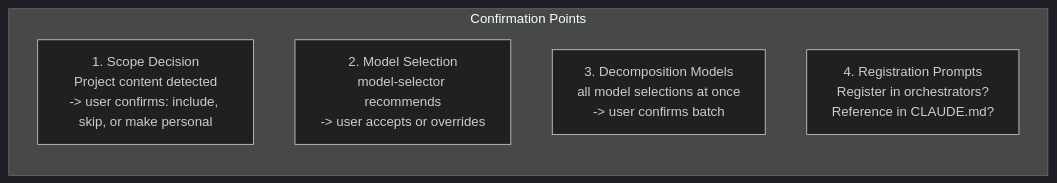
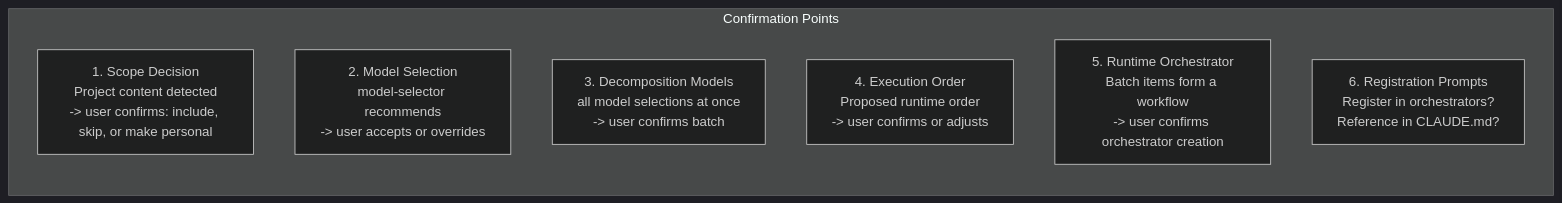
Before and after one commit to DigitalCowboyN/claude-asset-writer: the tenth of 10 diagrams in docs/architecture.md, drawn with Mermaid (dark theme). The commit also changed other lines of this file and 5 other files, not shown here.

First line of the commit message:
Add execution order analysis and runtime coordination detection

````diff
--- a/docs/architecture.md
+++ b/docs/architecture.md
@@ -273,10 +279,12 @@
 ```mermaid
 flowchart LR
     subgraph Confirmation Points
         direction TB
         p0["1. Scope Decision\nProject content detected\n-> user confirms: include, skip, or make personal"]
         p1["2. Model Selection\nmodel-selector recommends\n-> user accepts or overrides"]
         p2["3. Decomposition Models\nall model selections at once\n-> user confirms batch"]
-        p3["4. Registration Prompts\nRegister in orchestrators?\nReference in CLAUDE.md?"]
+        p3["4. Execution Order\nProposed runtime order\n-> user confirms or adjusts"]
+        p4["5. Runtime Orchestrator\nBatch items form a workflow\n-> user confirms orchestrator creation"]
+        p5["6. Registration Prompts\nRegister in orchestrators?\nReference in CLAUDE.md?"]
     end
 ```
````
